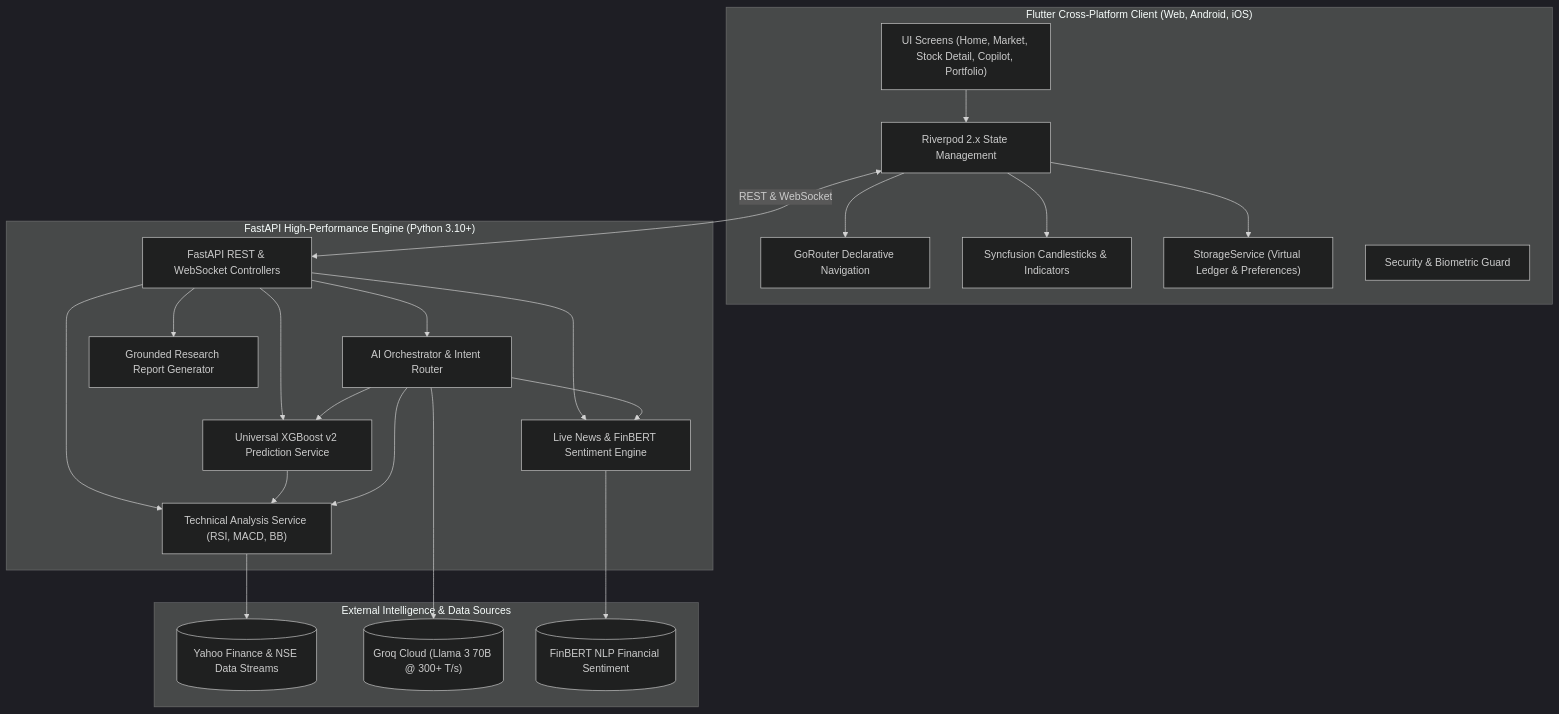
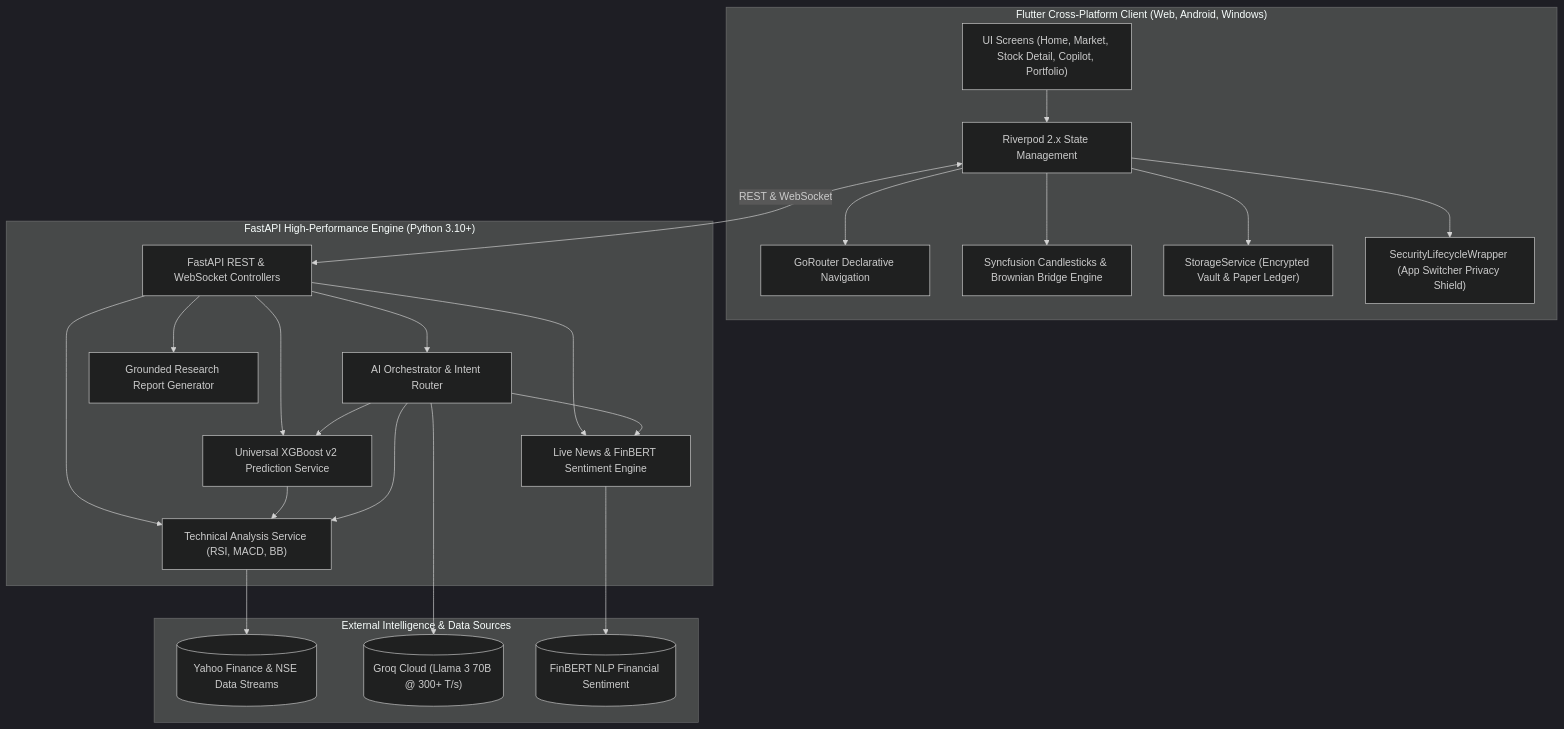
The diagram in README.md (CodeWidKrish/TradeVision-AI), drawn with Mermaid (dark theme) before and after one commit. The commit also changed other lines of this file and 1 other file, not shown here.

Commit message:
docs(readme): finalize documentation with research paper, viva guide, 1-click launcher, and Brownian bridge engine

````diff
--- a/README.md
+++ b/README.md
@@ -190,46 +177,47 @@
 ```mermaid
 flowchart TD
-    subgraph Client ["Flutter Cross-Platform Client (Web, Android, iOS)"]
+    subgraph Client ["Flutter Cross-Platform Client (Web, Android, Windows)"]
         UI["UI Screens (Home, Market, Stock Detail, Copilot, Portfolio)"]
         Riverpod["Riverpod 2.x State Management"]
         Router["GoRouter Declarative Navigation"]
-        Charts["Syncfusion Candlesticks & Indicators"]
-        Storage["StorageService (Virtual Ledger & Preferences)"]
-        AppLock["Security & Biometric Guard"]
+        Charts["Syncfusion Candlesticks & Brownian Bridge Engine"]
+        Storage["StorageService (Encrypted Vault & Paper Ledger)"]
+        Shield["SecurityLifecycleWrapper (App Switcher Privacy Shield)"]
     end
 
     subgraph Backend ["FastAPI High-Performance Engine (Python 3.10+)"]
         API["FastAPI REST & WebSocket Controllers"]
         Orchestrator["AI Orchestrator & Intent Router"]
         TechEngine["Technical Analysis Service (RSI, MACD, BB)"]
         MLService["Universal XGBoost v2 Prediction Service"]
         NewsEngine["Live News & FinBERT Sentiment Engine"]
         ReportService["Grounded Research Report Generator"]
     end
 
     subgraph Intelligence ["External Intelligence & Data Sources"]
         YF[("Yahoo Finance & NSE Data Streams")]
         Groq[("Groq Cloud (Llama 3 70B @ 300+ T/s)")]
         FinBERT[("FinBERT NLP Financial Sentiment")]
     end
 
     UI --> Riverpod
     Riverpod --> Charts
     Riverpod --> Storage
     Riverpod --> Router
+    Riverpod --> Shield
     Riverpod <-->|REST & WebSocket| API
 
     API --> Orchestrator
     API --> TechEngine
     API --> MLService
     API --> NewsEngine
     API --> ReportService
 
     TechEngine --> YF
     MLService --> TechEngine
     NewsEngine --> FinBERT
     Orchestrator --> Groq
     Orchestrator --> MLService
     Orchestrator --> TechEngine
     Orchestrator --> NewsEngine
 ```
````
